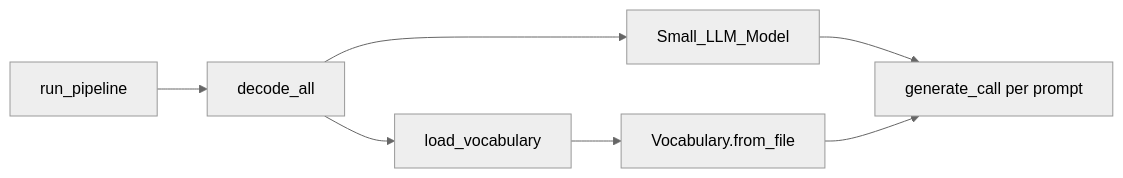
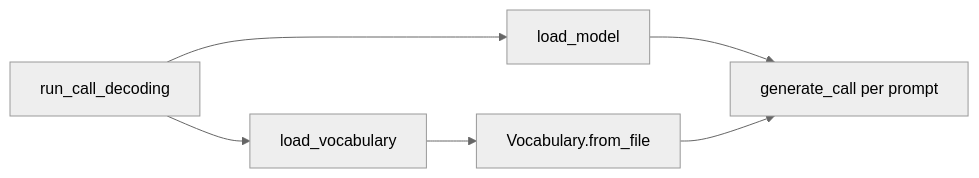
Before and after one commit to fathe4wiin/Call-Me-Maybe: the fourth of 11 diagrams in workflow.md, drawn with Mermaid (neutral theme). The commit also changed other lines of this file and 4 other files, not shown here.

````diff
--- a/workflow.md
+++ b/workflow.md
@@ -98,9 +103,8 @@
 ```mermaid
 flowchart LR
-    RP["run_pipeline"] --> DA["decode_all"]
-    DA --> M["Small_LLM_Model"]
-    DA --> V["load_vocabulary"]
+    RP["run_call_decoding"] --> M["load_model"]
+    RP --> V["load_vocabulary"]
     V --> VF["Vocabulary.from_file"]
     M --> Loop["generate_call per prompt"]
     VF --> Loop
 ```
````
